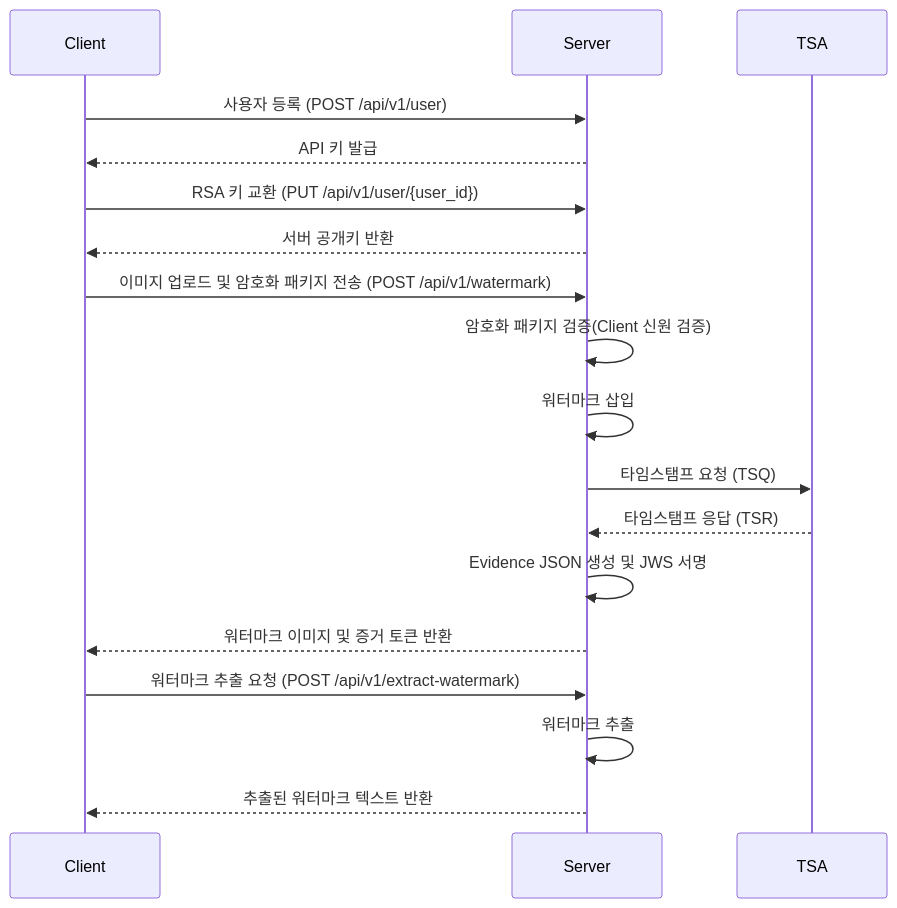
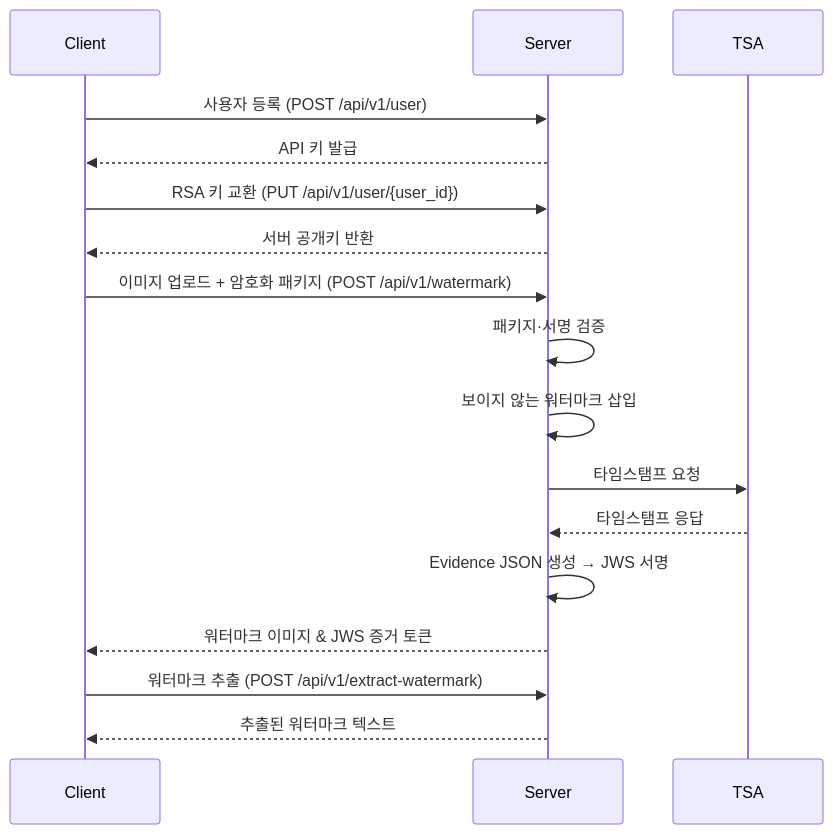
The diagram in README.md (tanminkwan/invisible-proof), drawn with Mermaid before and after one commit. The commit also changed other lines of this file, not shown here.

````diff
--- a/README.md
+++ b/README.md
@@ -95,24 +46,23 @@
 ```mermaid
 sequenceDiagram
     participant Client
     participant Server
     participant TSA
 
     Client->>Server: 사용자 등록 (POST /api/v1/user)
     Server-->>Client: API 키 발급
 
     Client->>Server: RSA 키 교환 (PUT /api/v1/user/{user_id})
     Server-->>Client: 서버 공개키 반환
 
-    Client->>Server: 이미지 업로드 및 암호화 패키지 전송 (POST /api/v1/watermark)
-    Server->>Server: 암호화 패키지 검증(Client 신원 검증)
-    Server->>Server: 워터마크 삽입
-    Server->>TSA: 타임스탬프 요청 (TSQ)
-    TSA-->>Server: 타임스탬프 응답 (TSR)
-    Server->>Server: Evidence JSON 생성 및 JWS 서명
-    Server-->>Client: 워터마크 이미지 및 증거 토큰 반환
+    Client->>Server: 이미지 업로드 + 암호화 패키지 (POST /api/v1/watermark)
+    Server->>Server: 패키지·서명 검증
+    Server->>Server: 보이지 않는 워터마크 삽입
+    Server->>TSA: 타임스탬프 요청
+    TSA-->>Server: 타임스탬프 응답
+    Server->>Server: Evidence JSON 생성 → JWS 서명
+    Server-->>Client: 워터마크 이미지 & JWS 증거 토큰
 
-    Client->>Server: 워터마크 추출 요청 (POST /api/v1/extract-watermark)
-    Server->>Server: 워터마크 추출
-    Server-->>Client: 추출된 워터마크 텍스트 반환
+    Client->>Server: 워터마크 추출 (POST /api/v1/extract-watermark)
+    Server-->>Client: 추출된 워터마크 텍스트
 ```
````
